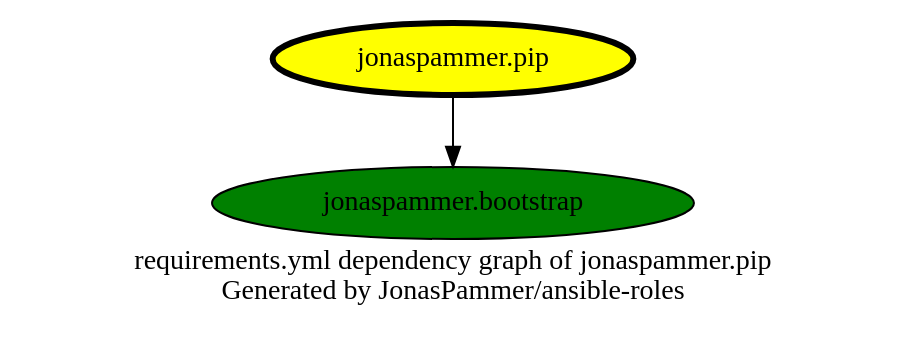
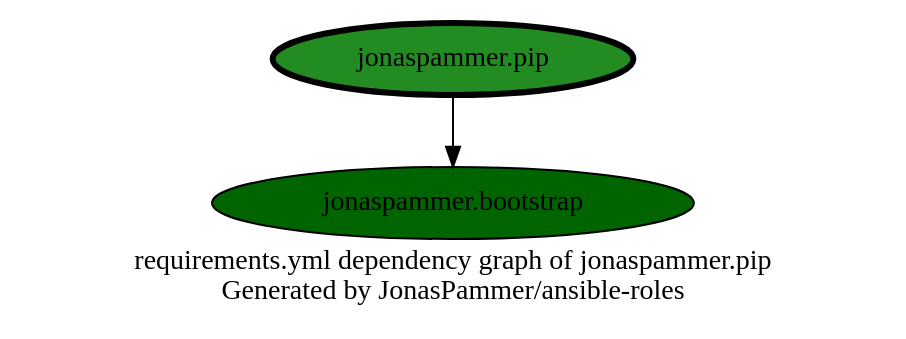
The diagram in graphs/dependencies_pip.dot (JonasPammer/ansible-roles), drawn with Graphviz before and after one commit. The commit also changed 33 other files, not shown here.

```diff
--- a/graphs/dependencies_pip.dot
+++ b/graphs/dependencies_pip.dot
@@ -1,13 +1,13 @@
 // This file is generated from `templates/dependencies_single.adoc.jinja2` by Github CI, all local changes will be lost eventually.
 digraph hierarchy {
   label = "requirements.yml dependency graph of jonaspammer.pip \n Generated by JonasPammer/ansible-roles" ;
   overlap=false
 
   {
-    "jonaspammer.pip" [fillcolor=yellow style=filled penwidth=3]
-    "jonaspammer.bootstrap" [fillcolor=green style=filled ]
+    "jonaspammer.pip" [fillcolor=forestgreen style=filled penwidth=3]
+    "jonaspammer.bootstrap" [fillcolor=darkgreen style=filled ]
   }
 
 
   "jonaspammer.pip" -> {"jonaspammer.bootstrap"}
 }
```
